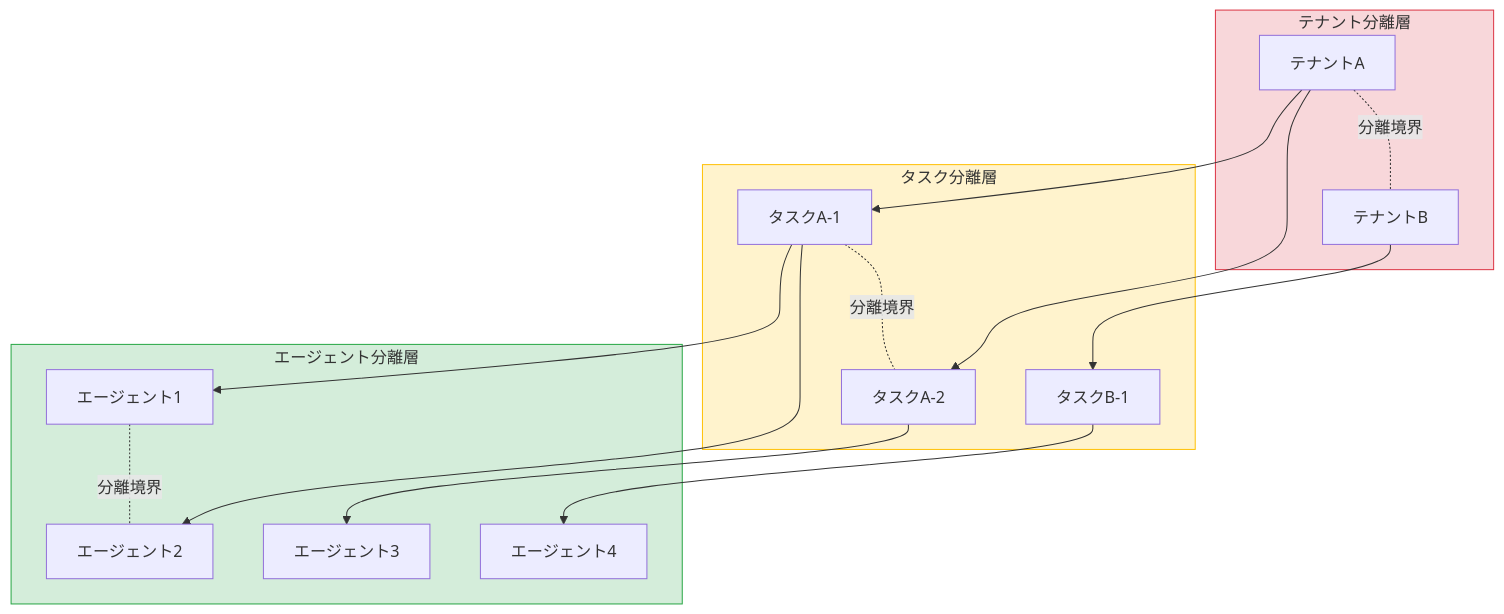
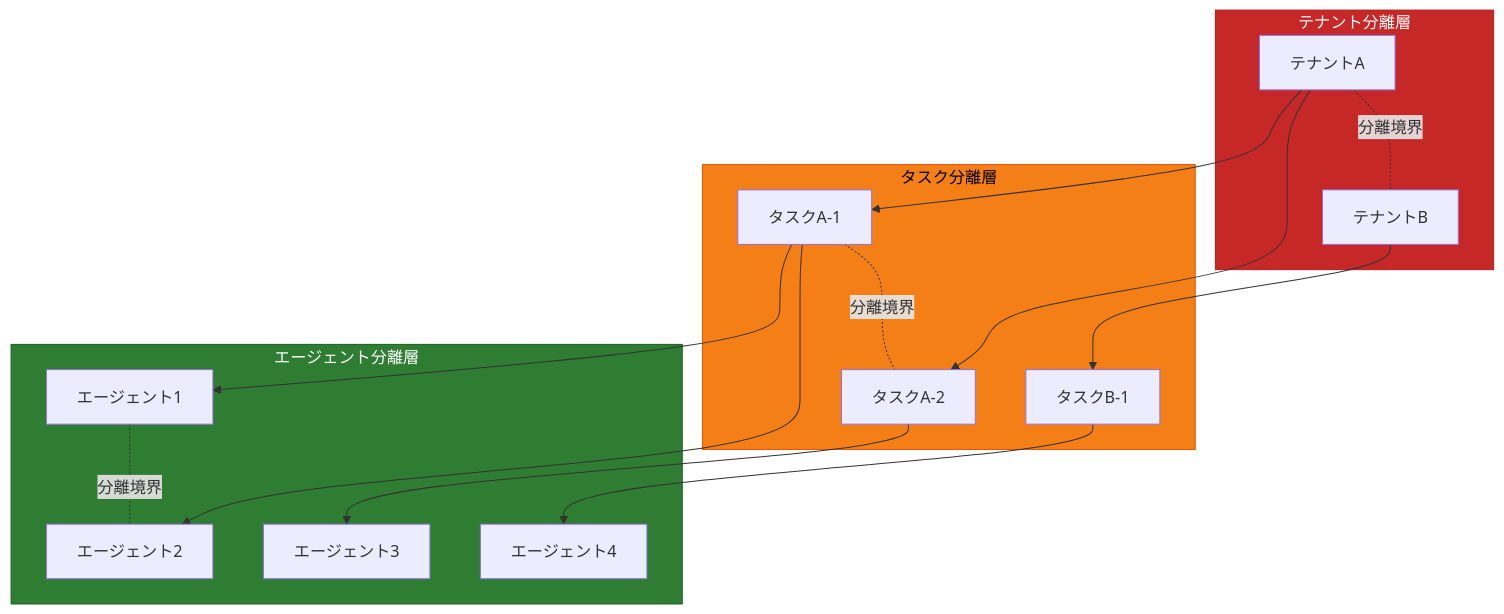
The fifth of 5 diagrams in manuscript/ch06/ch06.md (sogawa-yk/multi-agent-book), drawn with Mermaid before and after one commit. The commit also changed other lines of this file and 4 other files, not shown here.

````diff
--- a/manuscript/ch06/ch06.md
+++ b/manuscript/ch06/ch06.md
@@ -356,37 +384,37 @@
 ```mermaid
 graph TB
     subgraph テナント分離層
         TenantA["テナントA"]
         TenantB["テナントB"]
     end
 
     subgraph タスク分離層
         TaskA1["タスクA-1"]
         TaskA2["タスクA-2"]
         TaskB1["タスクB-1"]
     end
 
     subgraph エージェント分離層
         AgA1a["エージェント1"]
         AgA1b["エージェント2"]
         AgA2a["エージェント3"]
         AgB1a["エージェント4"]
     end
 
     TenantA --> TaskA1
     TenantA --> TaskA2
     TenantB --> TaskB1
 
     TaskA1 --> AgA1a
     TaskA1 --> AgA1b
     TaskA2 --> AgA2a
     TaskB1 --> AgB1a
 
     TenantA -.-|"分離境界"| TenantB
     TaskA1 -.-|"分離境界"| TaskA2
     AgA1a -.-|"分離境界"| AgA1b
 
-    style テナント分離層 fill:#f8d7da,stroke:#dc3545
-    style タスク分離層 fill:#fff3cd,stroke:#ffc107
-    style エージェント分離層 fill:#d4edda,stroke:#28a745
+    style テナント分離層 fill:#c62828,stroke:#b71c1c,color:#ffffff
+    style タスク分離層 fill:#f57f17,stroke:#e65100,color:#000000
+    style エージェント分離層 fill:#2e7d32,stroke:#1b5e20,color:#ffffff
 ```
````
